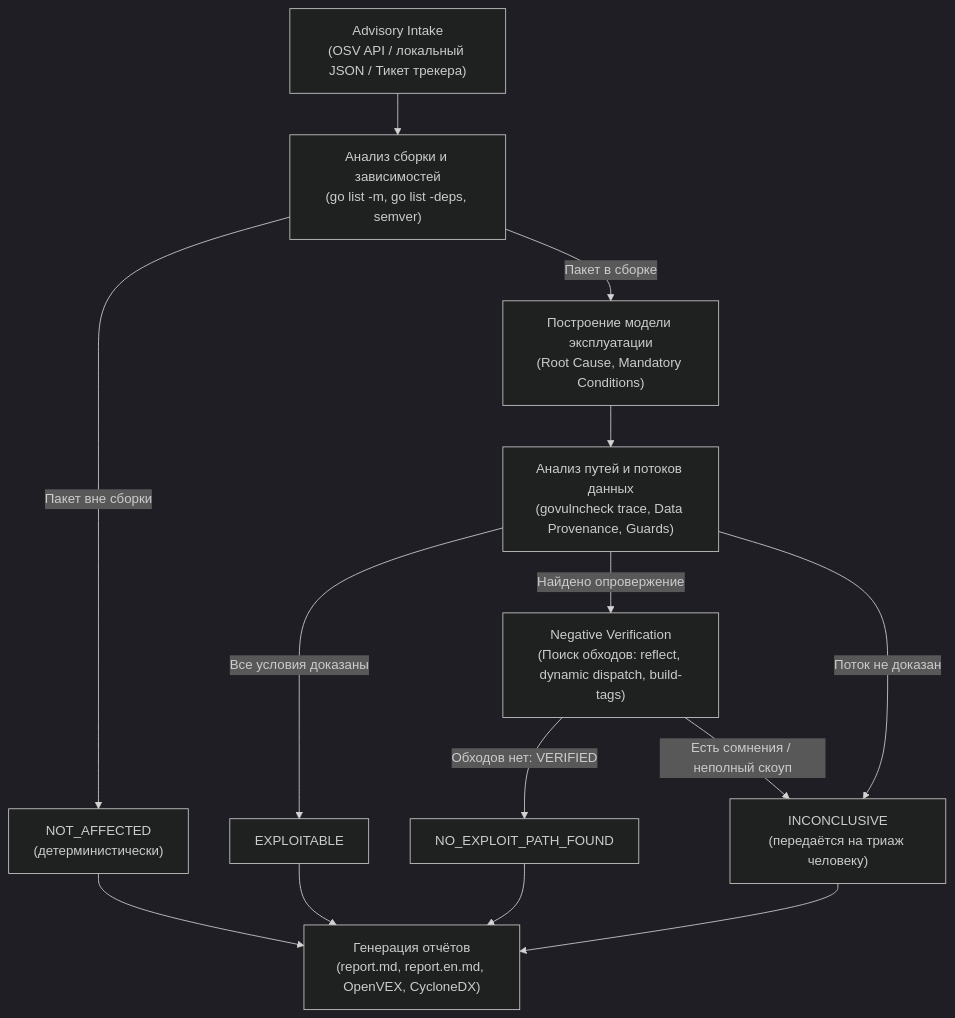
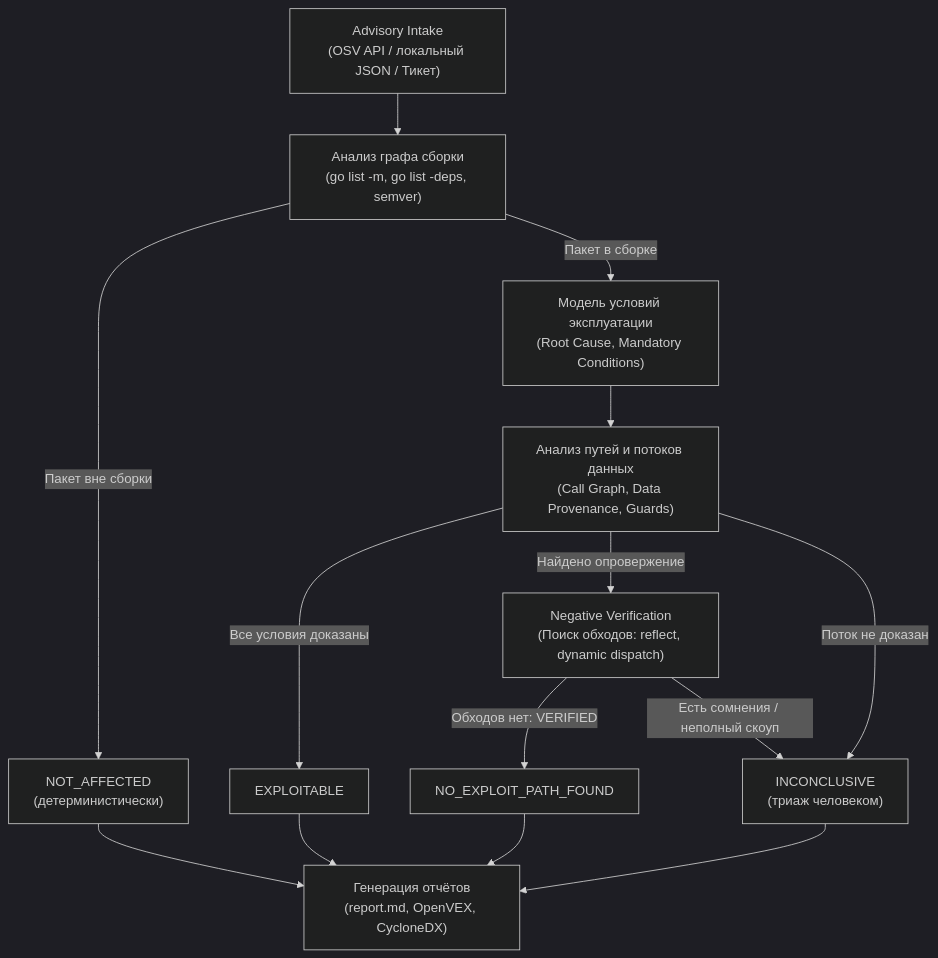
Before and after one commit to davniy/izyan: the diagram in README.md, drawn with Mermaid (dark theme). The commit also changed other lines of this file and 2 other files, not shown here.

Commit message:
docs: streamline root README and move Security Deep Dive to docs/how-it-works.md

````diff
--- a/README.md
+++ b/README.md
@@ -59,16 +34,16 @@
 ```mermaid
 flowchart TD
-    A["Advisory Intake<br>(OSV API / локальный JSON / Тикет трекера)"] --> B["Анализ сборки и зависимостей<br>(go list -m, go list -deps, semver)"]
+    A["Advisory Intake<br>(OSV API / локальный JSON / Тикет)"] --> B["Анализ графа сборки<br>(go list -m, go list -deps, semver)"]
     B -->|Пакет вне сборки| C["NOT_AFFECTED<br>(детерминистически)"]
-    B -->|Пакет в сборке| D["Построение модели эксплуатации<br>(Root Cause, Mandatory Conditions)"]
-    D --> E["Анализ путей и потоков данных<br>(govulncheck trace, Data Provenance, Guards)"]
+    B -->|Пакет в сборке| D["Модель условий эксплуатации<br>(Root Cause, Mandatory Conditions)"]
+    D --> E["Анализ путей и потоков данных<br>(Call Graph, Data Provenance, Guards)"]
     E -->|Все условия доказаны| F["EXPLOITABLE"]
-    E -->|Найдено опровержение| G["Negative Verification<br>(Поиск обходов: reflect, dynamic dispatch, build-tags)"]
+    E -->|Найдено опровержение| G["Negative Verification<br>(Поиск обходов: reflect, dynamic dispatch)"]
     G -->|Обходов нет: VERIFIED| H["NO_EXPLOIT_PATH_FOUND"]
-    G -->|Есть сомнения / неполный скоуп| I["INCONCLUSIVE<br>(передаётся на триаж человеку)"]
+    G -->|Есть сомнения / неполный скоуп| I["INCONCLUSIVE<br>(триаж человеком)"]
     E -->|Поток не доказан| I
-    C --> J["Генерация отчётов<br>(report.md, report.en.md, OpenVEX, CycloneDX)"]
+    C --> J["Генерация отчётов<br>(report.md, OpenVEX, CycloneDX)"]
     F --> J
     H --> J
     I --> J
 ```
````
